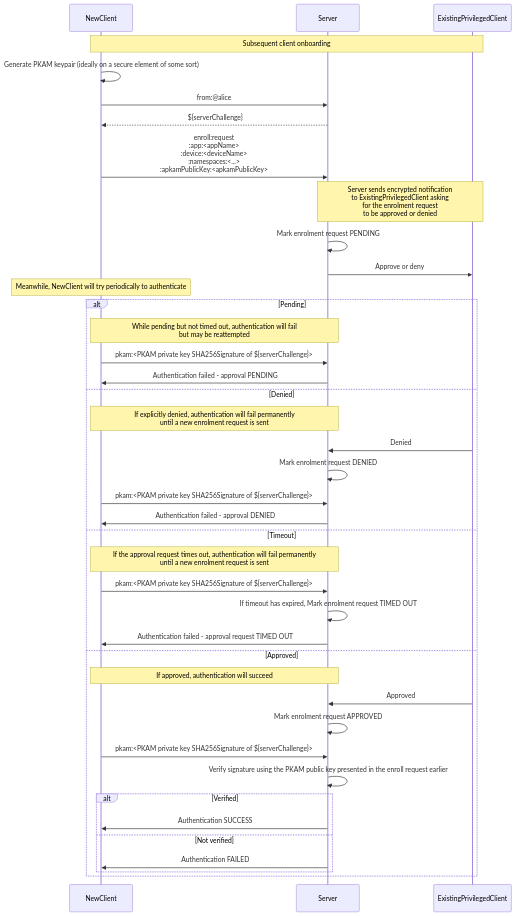
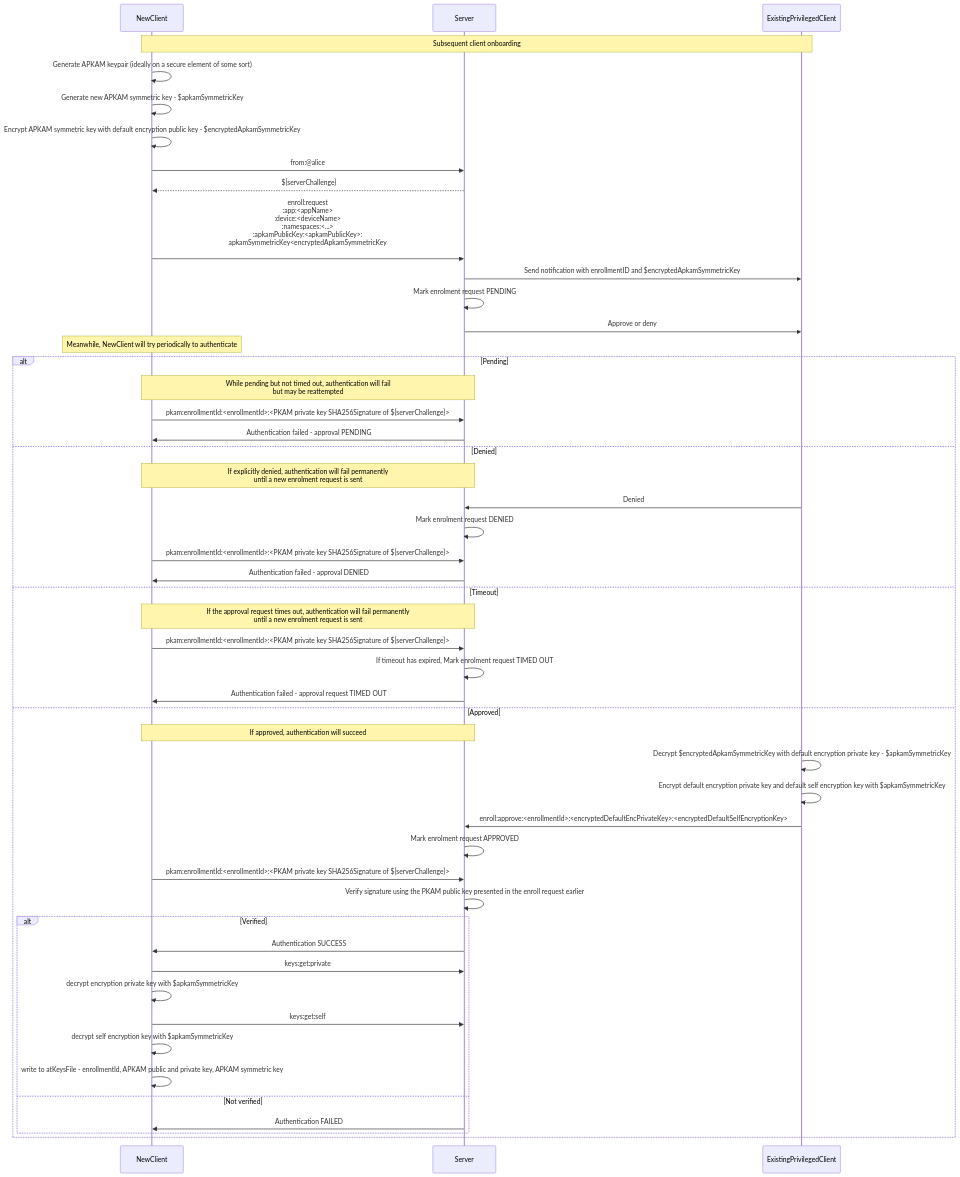
The third of 3 diagrams in decisions/2023-01-pkam-per-app-and-device.md (atsign-foundation/at_protocol), drawn with Mermaid before and after one commit. The commit also changed other lines of this file, not shown here.

Commit message:
Update 2023-01-pkam-per-app-and-device.md
fix: changes to second client onboarding flow

````diff
--- a/decisions/2023-01-pkam-per-app-and-device.md
+++ b/decisions/2023-01-pkam-per-app-and-device.md
@@ -384,43 +384,53 @@
 ```mermaid
 sequenceDiagram
     participant NewClient
     participant Server
     participant ExistingPrivilegedClient
 
     note over NewClient,ExistingPrivilegedClient: Subsequent client onboarding
-    NewClient->>NewClient: Generate PKAM keypair (ideally on a secure element of some sort)
+    NewClient->>NewClient: Generate APKAM keypair (ideally on a secure element of some sort)
+    NewClient->>NewClient: Generate new APKAM symmetric key - $apkamSymmetricKey
+    NewClient->>NewClient: Encrypt APKAM symmetric key with default encryption public key - $encryptedApkamSymmetricKey
     NewClient->>Server: from:@alice
     Server-->>NewClient: ${serverChallenge}
-    NewClient->>Server: enroll:request<br/>:app:<appName><br/>:device:<deviceName><br/>:namespaces:<...><br/>:apkamPublicKey:<apkamPublicKey>
-    note over Server,ExistingPrivilegedClient: Server sends encrypted notification <br/>to ExistingPrivilegedClient asking <br/>for the enrolment request <br/>to be approved or denied
+    NewClient->>Server: enroll:request<br/>:app:<appName><br/>:device:<deviceName><br/>:namespaces:<...><br/>:apkamPublicKey:<apkamPublicKey>:<br/>apkamSymmetricKey<encryptedApkamSymmetricKey<br/>
+    Server->>ExistingPrivilegedClient: Send notification with enrollmentID and  $encryptedApkamSymmetricKey
     Server->>Server: Mark enrolment request PENDING
     Server->>ExistingPrivilegedClient: Approve or deny
     note over NewClient: Meanwhile, NewClient will try periodically to authenticate
     alt Pending
         note over NewClient,Server: While pending but not timed out, authentication will fail <br/>but may be reattempted
-        NewClient->>Server: pkam:<PKAM private key SHA256Signature of ${serverChallenge}>
+        NewClient->>Server: pkam:enrollmentId:<enrollmentId>:<PKAM private key SHA256Signature of ${serverChallenge}>
         Server->>NewClient: Authentication failed - approval PENDING
     else Denied
         note over NewClient,Server: If explicitly denied, authentication will fail permanently <br/>until a new enrolment request is sent
         ExistingPrivilegedClient->>Server: Denied
         Server->>Server: Mark enrolment request DENIED
-        NewClient->>Server: pkam:<PKAM private key SHA256Signature of ${serverChallenge}>
+        NewClient->>Server: pkam:enrollmentId:<enrollmentId>:<PKAM private key SHA256Signature of ${serverChallenge}>
         Server->>NewClient: Authentication failed - approval DENIED
     else Timeout
         note over NewClient,Server: If the approval request times out, authentication will fail permanently <br/>until a new enrolment request is sent
-        NewClient->>Server: pkam:<PKAM private key SHA256Signature of ${serverChallenge}>
+        NewClient->>Server: pkam:enrollmentId:<enrollmentId>:<PKAM private key SHA256Signature of ${serverChallenge}>
         Server->>Server: If timeout has expired, Mark enrolment request TIMED OUT
         Server->>NewClient: Authentication failed - approval request TIMED OUT
     else Approved
         note over NewClient,Server: If approved, authentication will succeed
-        ExistingPrivilegedClient->>Server: Approved
+        ExistingPrivilegedClient->>ExistingPrivilegedClient: Decrypt $encryptedApkamSymmetricKey with default encryption private key - $apkamSymmetricKey
+        ExistingPrivilegedClient->>ExistingPrivilegedClient: Encrypt default encryption private key and default self encryption key with $apkamSymmetricKey
+        ExistingPrivilegedClient->>Server: enroll:approve:<enrollmentId>:<encryptedDefaultEncPrivateKey>:<encryptedDefaultSelfEncryptionKey>
         Server->>Server: Mark enrolment request APPROVED
-        NewClient->>Server: pkam:<PKAM private key SHA256Signature of ${serverChallenge}>
+        NewClient->>Server: pkam:enrollmentId:<enrollmentId>:<PKAM private key SHA256Signature of ${serverChallenge}>
         Server->>Server: Verify signature using the PKAM public key presented in the enroll request earlier
         alt Verified
             Server->>NewClient: Authentication SUCCESS
+            NewClient->>Server: keys:get:private
+            NewClient->>NewClient: decrypt encryption private key with $apkamSymmetricKey
+            NewClient->>Server: keys:get:self
+            NewClient->>NewClient: decrypt self encryption key with $apkamSymmetricKey
+            NewClient->>NewClient: write to atKeysFile - enrollmentId, APKAM public and private key, APKAM symmetric key
+            
         else Not verified
             Server->>NewClient: Authentication FAILED
         end
     end
 ```
````
